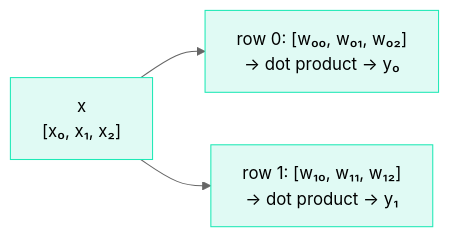
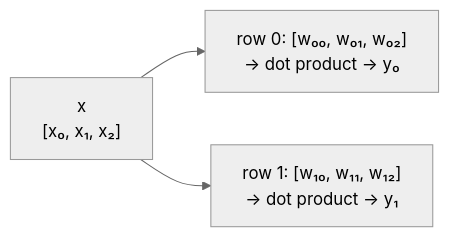
The diagram in docs/03-the-architecture/02-linear-layers.md (iamkhalid2/microgpt-course), drawn with Mermaid (neutral theme) before and after one commit. The commit also changed 20 other files, not shown here.

Commit message:
Remove all inline Mermaid styles - let theme handle colors natively

````diff
--- a/docs/03-the-architecture/02-linear-layers.md
+++ b/docs/03-the-architecture/02-linear-layers.md
@@ -73,9 +73,5 @@
 ```mermaid
 flowchart LR
     X["x<br>[x₀, x₁, x₂]"] --> ROW0["row 0: [w₀₀, w₀₁, w₀₂]<br>→ dot product → y₀"]
     X --> ROW1["row 1: [w₁₀, w₁₁, w₁₂]<br>→ dot product → y₁"]
-
-    style X fill:#e0faf4,stroke:#1de9b6
-    style ROW0 fill:#e0faf4,stroke:#1de9b6
-    style ROW1 fill:#e0faf4,stroke:#1de9b6
 ```
````
